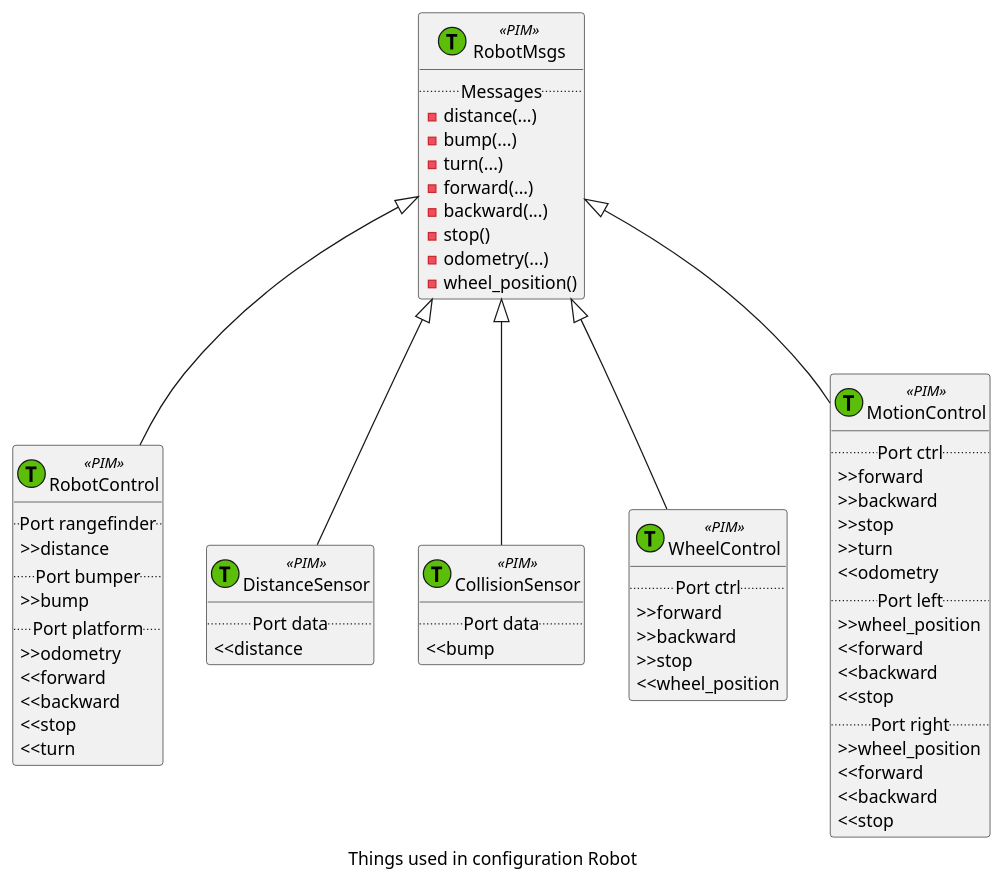
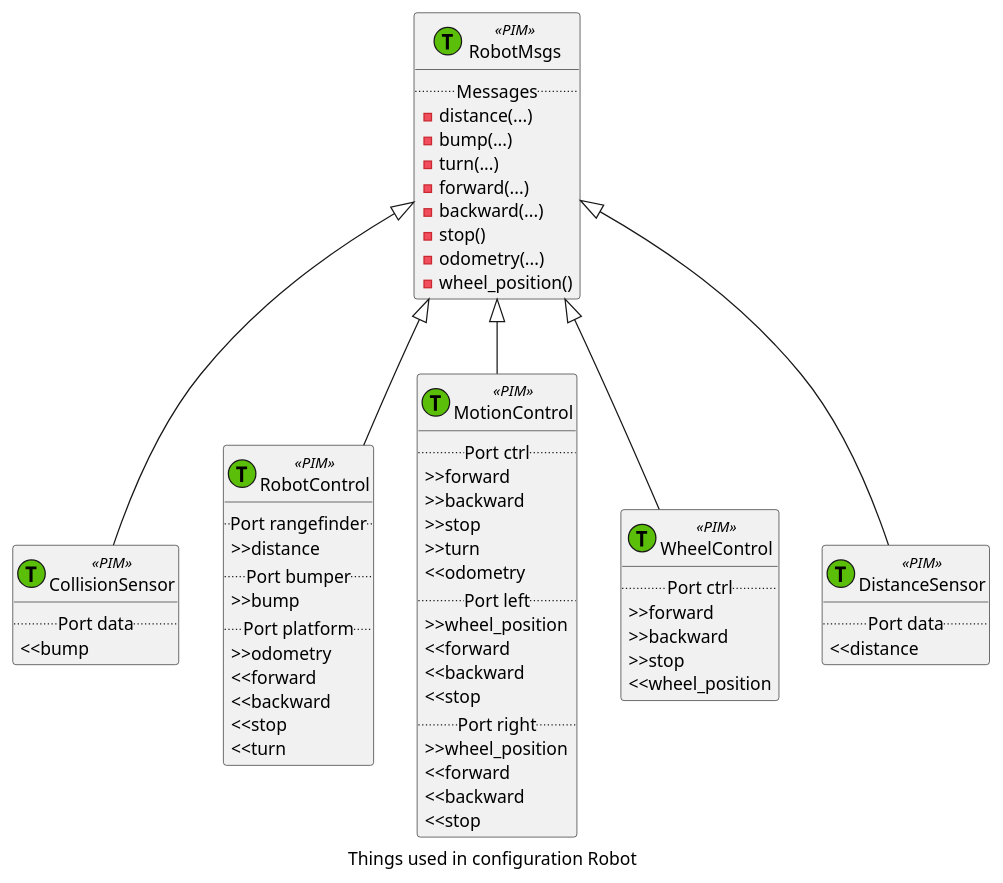
The diagram in doc/examples/thingml-gen/uml/Robot/Robot/docs/Robot_class_compact.plantuml (TelluIoT/ThingML), drawn with PlantUML before and after one commit. The commit also changed other lines of this file and 10 other files, not shown here.

Commit message:
Fix in component diagram generatot

```diff
--- a/doc/examples/thingml-gen/uml/Robot/Robot/docs/Robot_class_compact.plantuml
+++ b/doc/examples/thingml-gen/uml/Robot/Robot/docs/Robot_class_compact.plantuml
@@ -1,64 +1,64 @@
 @startuml
 caption Things used in configuration Robot
-class RobotControl <<(T,#5BBF09)PIM>> {
-..Port rangefinder..
->>distance
-..Port bumper..
->>bump
-..Port platform..
->>odometry
-<<forward
-<<backward
-<<stop
-<<turn
+class CollisionSensor <<(T,#5BBF09)PIM>> {
+..Port data..
+<<bump
 }
 class RobotMsgs <<(T,#5BBF09)PIM>> {
 ..Messages..
 -distance(...)
 -bump(...)
 -turn(...)
 -forward(...)
 -backward(...)
 -stop()
 -odometry(...)
 -wheel_position()
 }
-class DistanceSensor <<(T,#5BBF09)PIM>> {
-..Port data..
-<<distance
-}
-class CollisionSensor <<(T,#5BBF09)PIM>> {
-..Port data..
-<<bump
-}
-class WheelControl <<(T,#5BBF09)PIM>> {
-..Port ctrl..
->>forward
->>backward
->>stop
-<<wheel_position
+class RobotControl <<(T,#5BBF09)PIM>> {
+..Port rangefinder..
+>>distance
+..Port bumper..
+>>bump
+..Port platform..
+>>odometry
+<<forward
+<<backward
+<<stop
+<<turn
 }
 class MotionControl <<(T,#5BBF09)PIM>> {
 ..Port ctrl..
 >>forward
 >>backward
 >>stop
 >>turn
 <<odometry
 ..Port left..
 >>wheel_position
 <<forward
 <<backward
 <<stop
 ..Port right..
 >>wheel_position
 <<forward
 <<backward
 <<stop
 }
+class WheelControl <<(T,#5BBF09)PIM>> {
+..Port ctrl..
+>>forward
+>>backward
+>>stop
+<<wheel_position
+}
+class DistanceSensor <<(T,#5BBF09)PIM>> {
+..Port data..
+<<distance
+}
+RobotMsgs <|-- CollisionSensor
 RobotMsgs <|-- RobotControl
+RobotMsgs <|-- MotionControl
+RobotMsgs <|-- WheelControl
 RobotMsgs <|-- DistanceSensor
-RobotMsgs <|-- CollisionSensor
-RobotMsgs <|-- WheelControl
-RobotMsgs <|-- MotionControl
 @enduml
```
